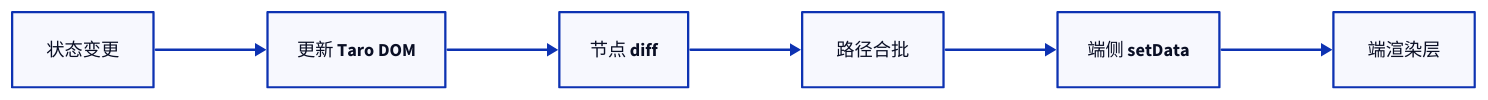
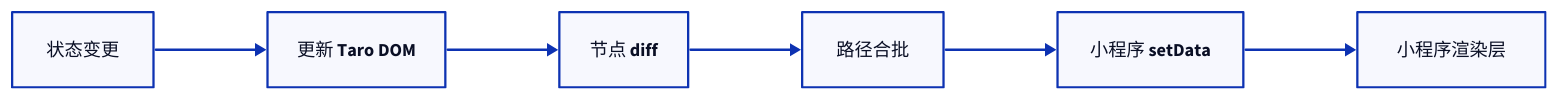
One commit to youngluo/thinking changed the ninth of 16 diagrams in apps/docs/experiences/微信小程序/Taro 原理与实践.md. Above: the diagram before and after it, drawn with D2. The commit also changed other lines of this file and 1 other file, not shown here.

````diff
--- a/apps/docs/experiences/微信小程序/Taro 原理与实践.md
+++ b/apps/docs/experiences/微信小程序/Taro 原理与实践.md
@@ -392,12 +368,12 @@
 ```d2
 direction: right
 
 state: 状态变更
 dom: 更新 Taro DOM
 diff: 节点 diff
 patch: 路径合批
-bridge: 端侧 setData
-view: 端渲染层
+bridge: 小程序 setData
+view: 小程序渲染层
 
 state -> dom -> diff -> patch -> bridge -> view
 ```
````
